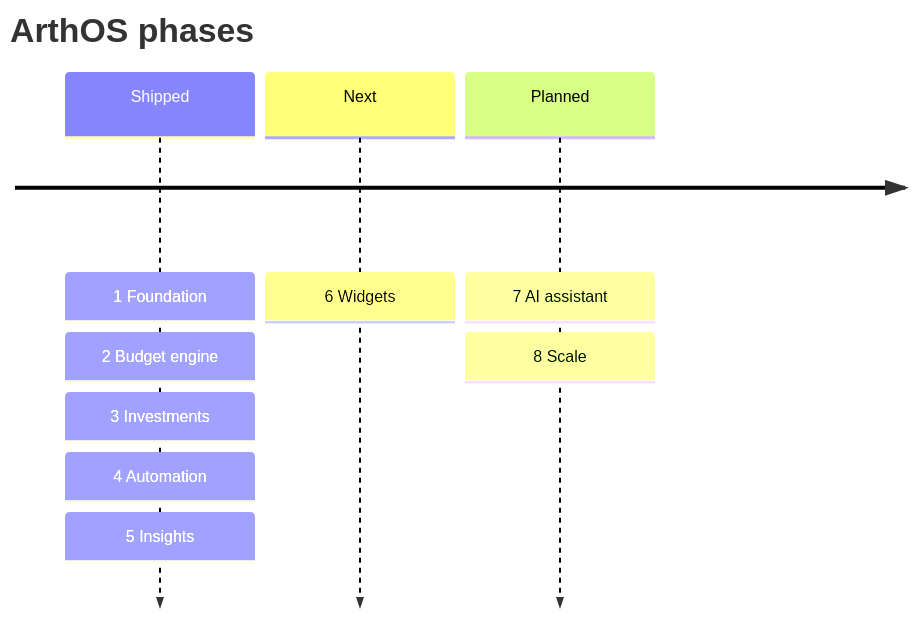
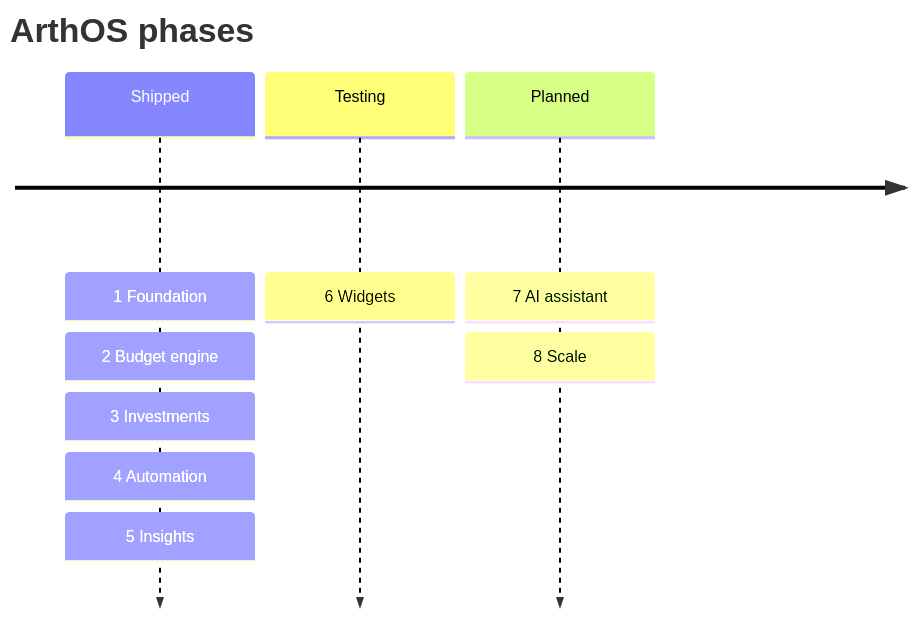
The diagram in docs/roadmap.md (SamP231004/ArthOS), drawn with Mermaid before and after one commit. The commit also changed other lines of this file and 16 other files, not shown here.

````diff
--- a/docs/roadmap.md
+++ b/docs/roadmap.md
@@ -8,7 +8,7 @@
 ```mermaid
 timeline
     title ArthOS phases
     Shipped : 1 Foundation : 2 Budget engine : 3 Investments : 4 Automation : 5 Insights
-    Next    : 6 Widgets
+    Testing : 6 Widgets
     Planned : 7 AI assistant : 8 Scale
 ```
````
